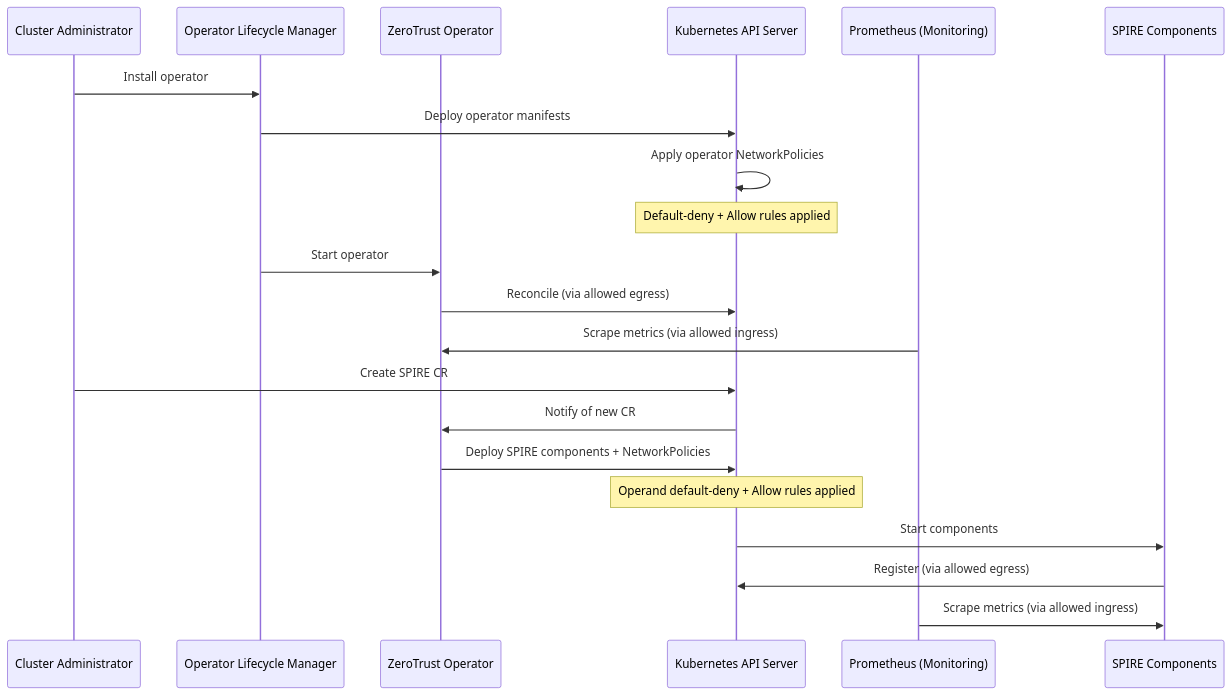
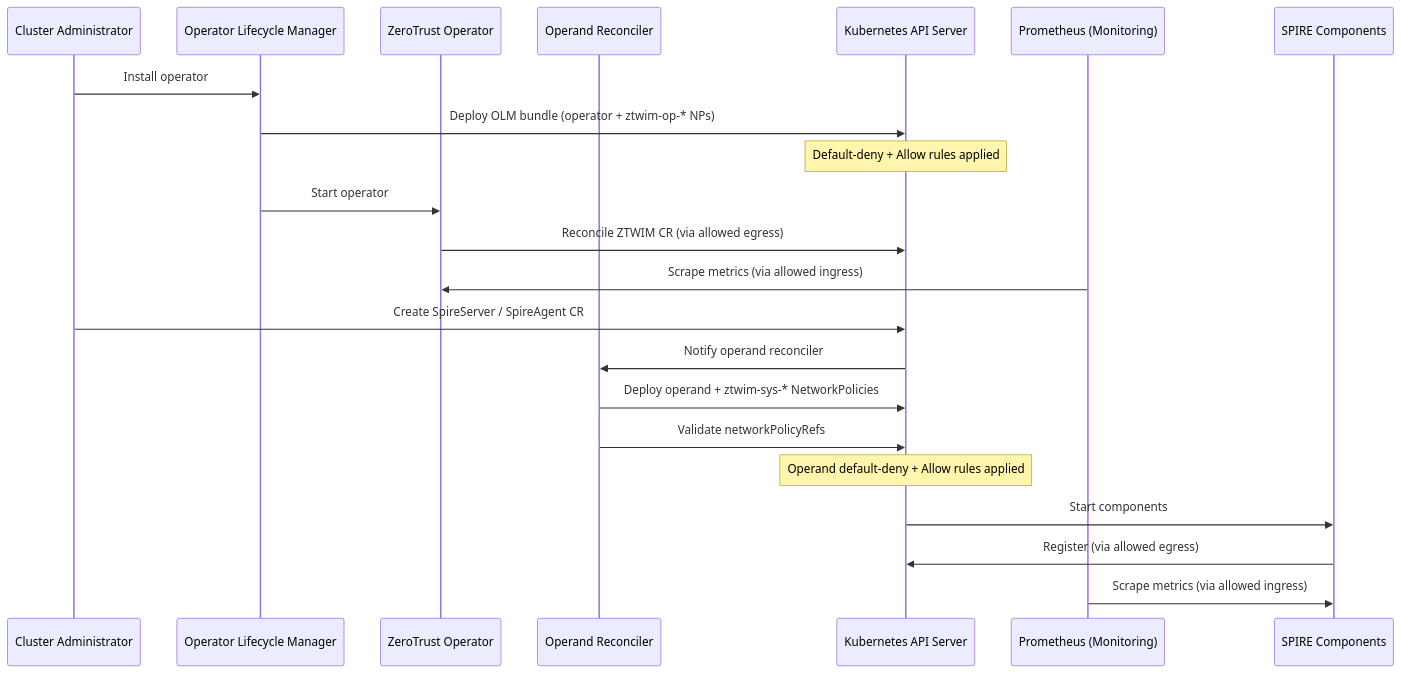
One commit to openshift/enhancements changed the diagram in enhancements/workload-identity-management/zero-trust-workload-identity-manager-network-policies.md. Above: the diagram before and after it, drawn with Mermaid. The commit also changed other lines of this file, not shown here.

First line of the commit message:
Address PR review feedback for ZTWIM network policies enhancement.

````diff
--- a/enhancements/workload-identity-management/zero-trust-workload-identity-manager-network-policies.md
+++ b/enhancements/workload-identity-management/zero-trust-workload-identity-manager-network-policies.md
@@ -221,25 +293,26 @@
 ```mermaid
 sequenceDiagram
     participant Admin as Cluster Administrator
     participant OLM as Operator Lifecycle Manager
     participant Op as ZeroTrust Operator
+    participant Recon as Operand Reconciler
     participant K8s as Kubernetes API Server
     participant Mon as Prometheus (Monitoring)
     participant SPIRE as SPIRE Components
 
     Admin->>OLM: Install operator
-    OLM->>K8s: Deploy operator manifests
-    K8s->>K8s: Apply operator NetworkPolicies
+    OLM->>K8s: Deploy OLM bundle (operator + ztwim-op-* NPs)
     Note over K8s: Default-deny + Allow rules applied
     OLM->>Op: Start operator
-    Op->>K8s: Reconcile (via allowed egress)
+    Op->>K8s: Reconcile ZTWIM CR (via allowed egress)
     Mon->>Op: Scrape metrics (via allowed ingress)
-   
-    Admin->>K8s: Create SPIRE CR
-    K8s->>Op: Notify of new CR
-    Op->>K8s: Deploy SPIRE components + NetworkPolicies
+
+    Admin->>K8s: Create SpireServer / SpireAgent CR
+    K8s->>Recon: Notify operand reconciler
+    Recon->>K8s: Deploy operand + ztwim-sys-* NetworkPolicies
+    Recon->>K8s: Validate networkPolicyRefs
     Note over K8s: Operand default-deny + Allow rules applied
     K8s->>SPIRE: Start components
     SPIRE->>K8s: Register (via allowed egress)
     Mon->>SPIRE: Scrape metrics (via allowed ingress)
 ```
````
